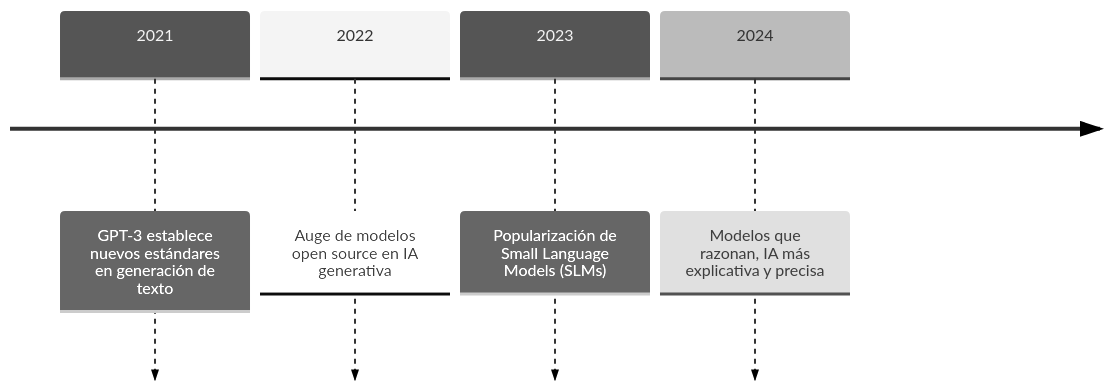
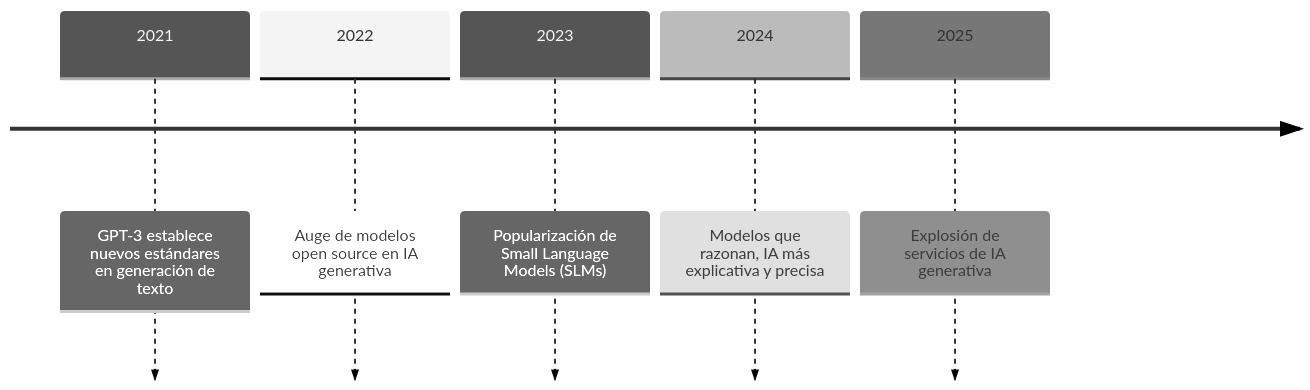
Before and after one commit to bcgrillo/powerpad: the third of 3 diagrams in Wiki/02. Estado del arte y fundamentos teóricos.md, drawn with Mermaid. The commit also changed other lines of this file and 5 other files, not shown here.

````diff
--- a/Wiki/02. Estado del arte y fundamentos teóricos.md
+++ b/Wiki/02. Estado del arte y fundamentos teóricos.md
@@ -65,8 +67,9 @@
 ```mermaid
 %%{init: { 'theme': 'neutral' } }%%
 timeline
     2021 : GPT-3 establece nuevos estándares en generación de texto
     2022 : Auge de modelos open source en IA generativa
     2023 : Popularización de Small Language Models (SLMs)
     2024 : Modelos que razonan, IA más explicativa y precisa
+    2025 : Explosión de servicios de IA generativa
 ```
````
